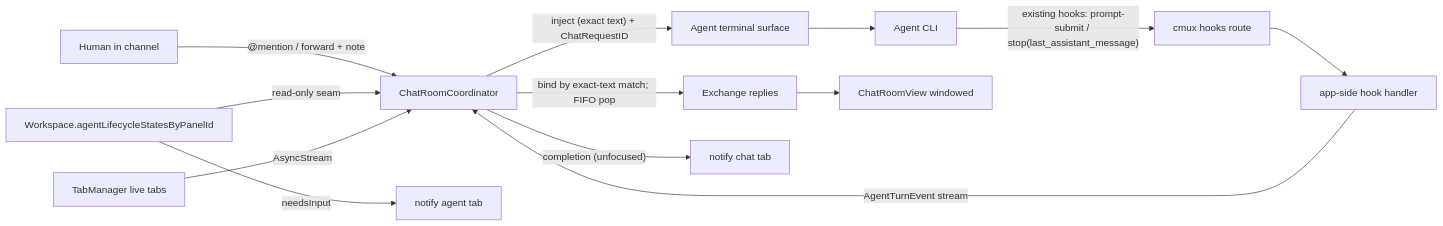
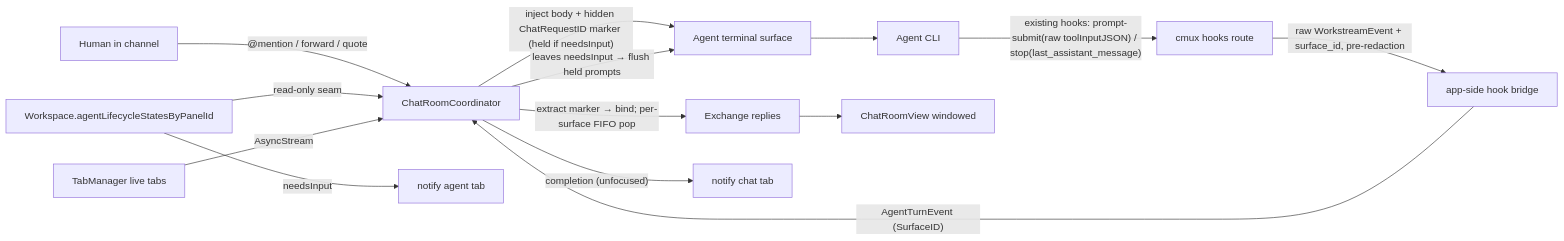
The diagram in docs/superpowers/specs/2026-06-06-cmux-ai-chat-room-design.md (dylanliu8949/cmux_chat_room), drawn with Mermaid before and after one commit. The commit also changed other lines of this file, not shown here.

````diff
--- a/docs/superpowers/specs/2026-06-06-cmux-ai-chat-room-design.md
+++ b/docs/superpowers/specs/2026-06-06-cmux-ai-chat-room-design.md
@@ -288,15 +324,16 @@
 ```mermaid
 flowchart LR
-  U[Human in channel] -- "@mention / forward + note" --> CO[ChatRoomCoordinator]
-  CO -- "inject (exact text) + ChatRequestID" --> SURF[Agent terminal surface]
+  U[Human in channel] -- "@mention / forward / quote" --> CO[ChatRoomCoordinator]
+  CO -- "inject body + hidden ChatRequestID marker (held if needsInput)" --> SURF[Agent terminal surface]
   SURF --> AG[Agent CLI]
-  AG -- "existing hooks: prompt-submit / stop(last_assistant_message)" --> HK[cmux hooks route]
-  HK --> APP[app-side hook handler]
-  APP -- AgentTurnEvent stream --> CO
-  CO -- "bind by exact-text match; FIFO pop" --> EX[Exchange replies]
+  AG -- "existing hooks: prompt-submit(raw toolInputJSON) / stop(last_assistant_message)" --> HK[cmux hooks route]
+  HK -- "raw WorkstreamEvent + surface_id, pre-redaction" --> APP[app-side hook bridge]
+  APP -- "AgentTurnEvent (SurfaceID)" --> CO
+  CO -- "extract marker → bind; per-surface FIFO pop" --> EX[Exchange replies]
   EX --> UI[ChatRoomView windowed]
   LC[Workspace.agentLifecycleStatesByPanelId] -- read-only seam --> CO
+  CO -- "leaves needsInput → flush held prompts" --> SURF
   TM[TabManager live tabs] -- AsyncStream --> CO
   CO -- completion (unfocused) --> NCH[notify chat tab]
   LC -- needsInput --> NAG[notify agent tab]
 ```
````
